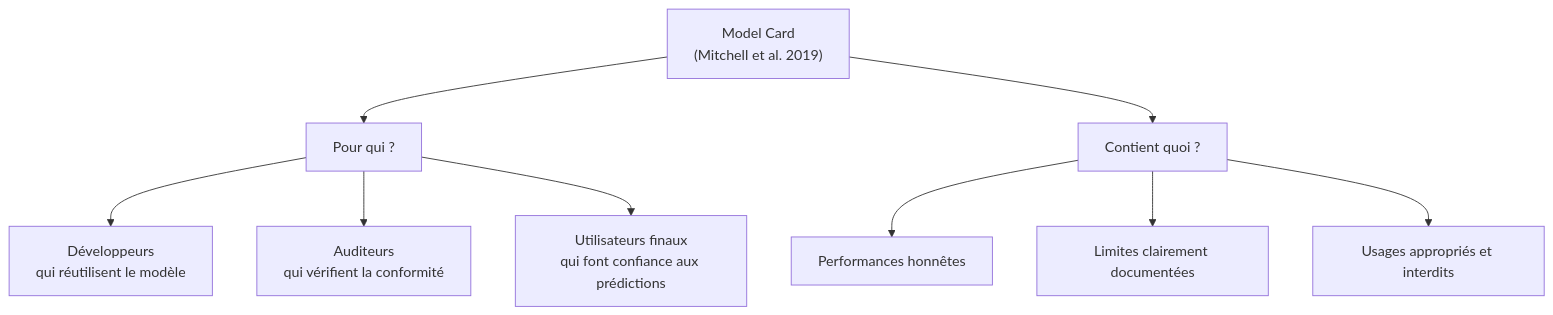
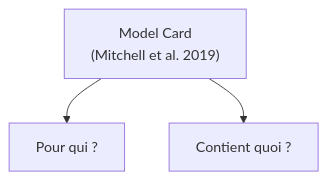
The diagram in docs/fiches/09_model_card.md (arnvudl/Concrete_Compressive_Strength), drawn with Mermaid before and after one commit. The commit also changed other lines of this file and 10 other files, not shown here.

````diff
--- a/docs/fiches/09_model_card.md
+++ b/docs/fiches/09_model_card.md
@@ -18,13 +18,5 @@
 ```mermaid
 graph TD
-    MC["Model Card\n(Mitchell et al. 2019)"] --> WHO["Pour qui ?"]
+    MC["Model Card<br/>(Mitchell et al. 2019)"] --> WHO["Pour qui ?"]
     MC --> WHAT["Contient quoi ?"]
-    
-    WHO --> DEV["Développeurs\nqui réutilisent le modèle"]
-    WHO --> AUDIT["Auditeurs\nqui vérifient la conformité"]
-    WHO --> USERS["Utilisateurs finaux\nqui font confiance aux prédictions"]
-    
-    WHAT --> PERF["Performances honnêtes"]
-    WHAT --> LIMITS["Limites clairement documentées"]
-    WHAT --> SCOPE["Usages appropriés et interdits"]
 ```
````
